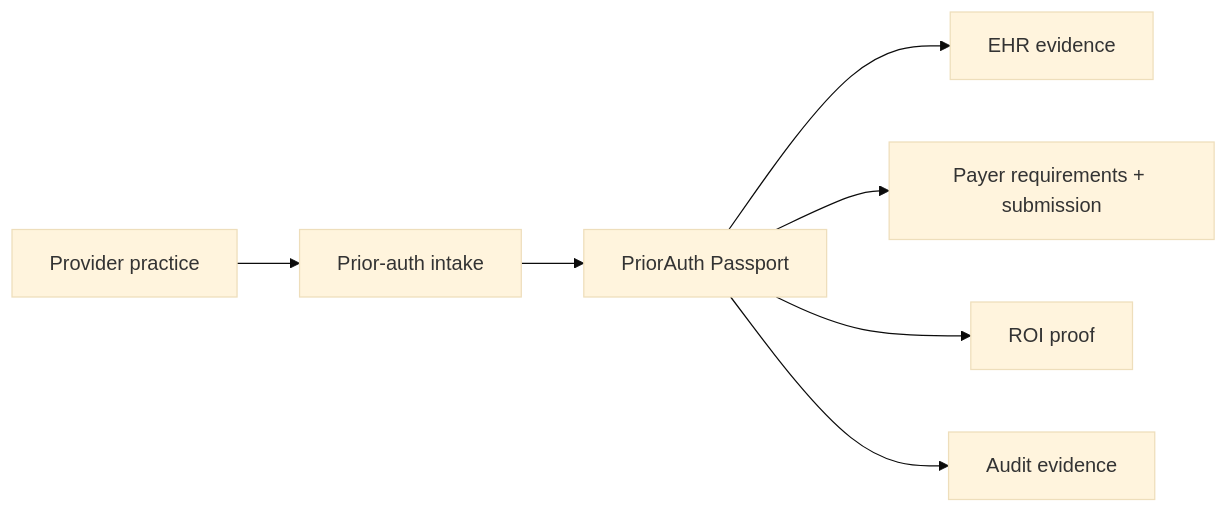
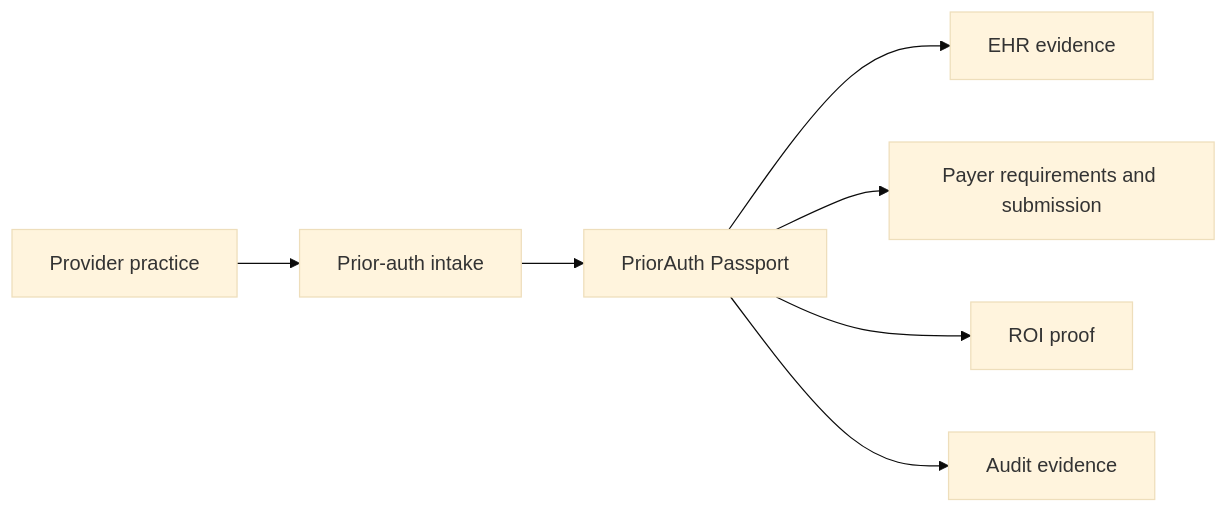
One commit to roshaninfordham/healthagentpassport changed the first of 2 diagrams in docs/market-positioning.md. Above: the diagram before and after it, drawn with Mermaid (base theme). The commit also changed other lines of this file and 14 other files, not shown here.

Commit message:
Fix GitHub diagrams and simplify landing page

````diff
--- a/docs/market-positioning.md
+++ b/docs/market-positioning.md
@@ -9,9 +9,9 @@
 ```mermaid
 flowchart LR
-  Practice[Provider practice] --> Intake[Prior-auth intake]
-  Intake --> Passport[PriorAuth Passport]
-  Passport --> EHR[EHR evidence]
-  Passport --> Payer[Payer requirements + submission]
-  Passport --> ROI[ROI proof]
-  Passport --> Audit[Audit evidence]
+  Practice["Provider practice"] --> Intake["Prior-auth intake"]
+  Intake --> Passport["PriorAuth Passport"]
+  Passport --> EHR["EHR evidence"]
+  Passport --> Payer["Payer requirements and submission"]
+  Passport --> ROI["ROI proof"]
+  Passport --> Audit["Audit evidence"]
 ```
````
